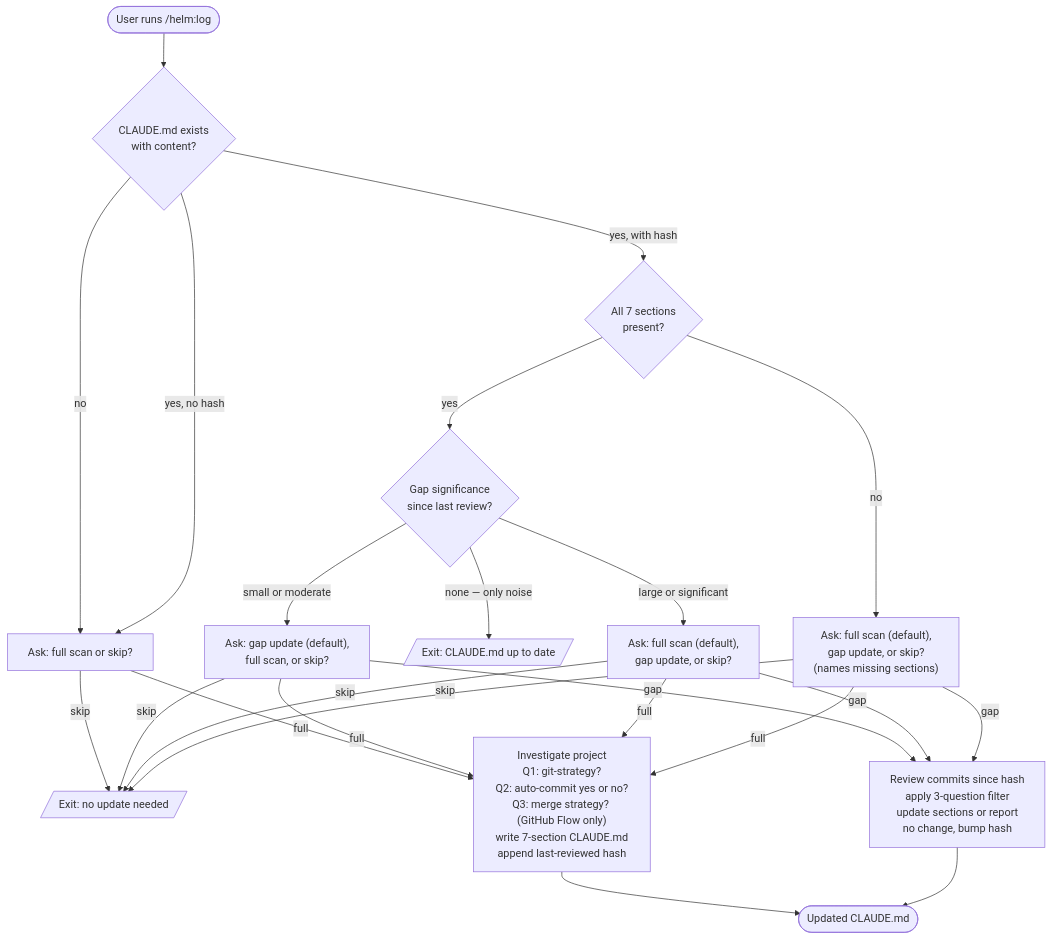
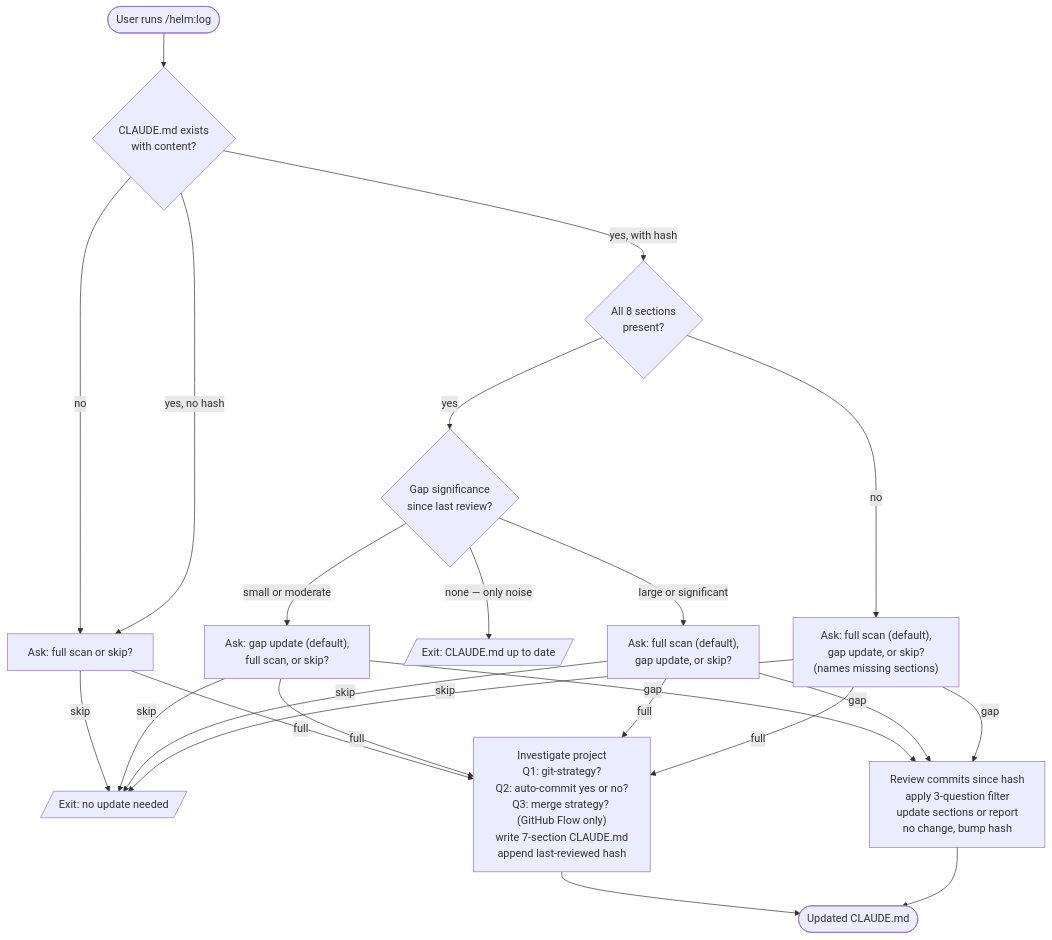
The diagram in docs/commands/log.md (myowinthein/agent-helm), drawn with Mermaid before and after one commit. The commit also changed other lines of this file and 1 other file, not shown here.

First line of the commit message:
feat(log): add Domain Rules section to the CLAUDE.md schema

````diff
--- a/docs/commands/log.md
+++ b/docs/commands/log.md
@@ -13,32 +13,32 @@
 ```mermaid
 flowchart TD
   Start([User runs /helm:log]) --> Exists{CLAUDE.md exists<br/>with content?}
 
   Exists -->|no| Mode1[Ask: full scan or skip?]
   Exists -->|yes, no hash| Mode1
-  Exists -->|yes, with hash| Schema{All 7 sections<br/>present?}
+  Exists -->|yes, with hash| Schema{All 8 sections<br/>present?}
 
   Schema -->|no| Mode4["Ask: full scan (default),<br/>gap update, or skip?<br/>(names missing sections)"]
   Schema -->|yes| Gap{Gap significance<br/>since last review?}
 
   Gap -->|none — only noise| UpToDate[/Exit: CLAUDE.md up to date/]
   Gap -->|small or moderate| Mode2["Ask: gap update (default),<br/>full scan, or skip?"]
   Gap -->|large or significant| Mode3["Ask: full scan (default),<br/>gap update, or skip?"]
 
   Mode1 -->|skip| Skip[/Exit: no update needed/]
   Mode1 -->|full| Full
   Mode2 -->|skip| Skip
   Mode2 -->|full| Full
   Mode2 -->|gap| GapPath
   Mode3 -->|skip| Skip
   Mode3 -->|full| Full
   Mode3 -->|gap| GapPath
   Mode4 -->|skip| Skip
   Mode4 -->|full| Full
   Mode4 -->|gap| GapPath
 
   Full["Investigate project<br/>Q1: git-strategy?<br/>Q2: auto-commit yes or no?<br/>Q3: merge strategy? (GitHub Flow only)<br/>write 7-section CLAUDE.md<br/>append last-reviewed hash"] --> Done
   GapPath[Review commits since hash<br/>apply 3-question filter<br/>update sections or report<br/>no change, bump hash] --> Done
 
   Done([Updated CLAUDE.md])
 ```
````
